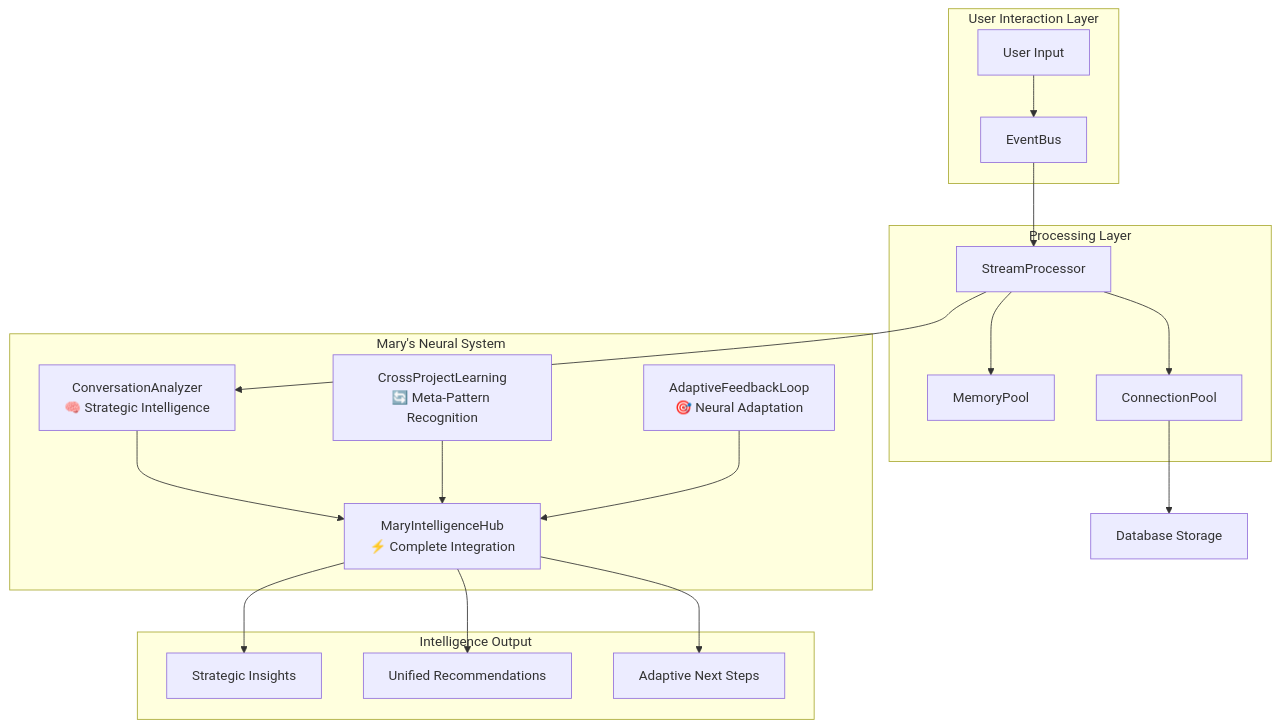
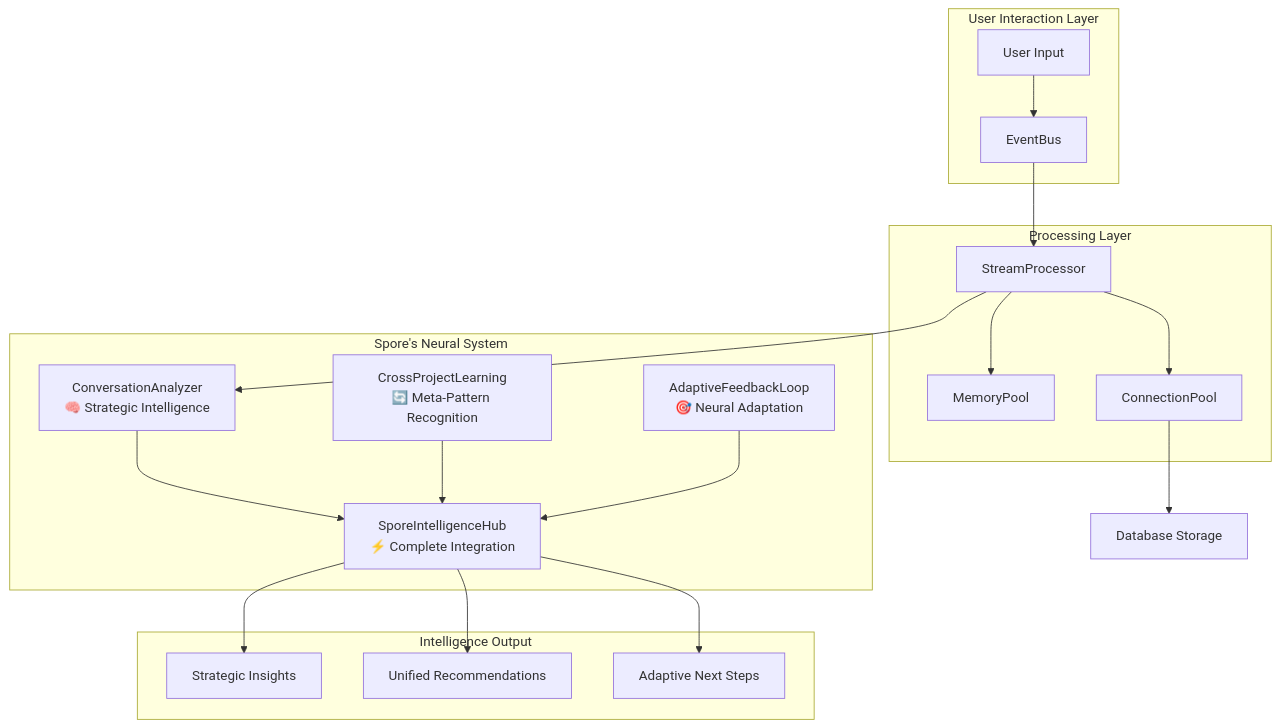
Before and after one commit to Habdel-Edenfield/microbioma-digital: the first of 3 diagrams in README.md, drawn with Mermaid. The commit also changed other lines of this file and 12 other files, not shown here.

````diff
--- a/README.md
+++ b/README.md
@@ -213,32 +213,32 @@
 ```mermaid
 graph TB
     subgraph "User Interaction Layer"
         UI[User Input] --> EB[EventBus]
     end
     
     subgraph "Processing Layer"
         EB --> SP[StreamProcessor]
         SP --> MP[MemoryPool]
         SP --> CP[ConnectionPool]
     end
     
-    subgraph "Mary's Neural System"
+    subgraph "Spore's Neural System"
         CA[ConversationAnalyzer<br/>🧠 Strategic Intelligence]
         CPL[CrossProjectLearning<br/>🔄 Meta-Pattern Recognition]
         AFL[AdaptiveFeedbackLoop<br/>🎯 Neural Adaptation]
-        MIH[MaryIntelligenceHub<br/>⚡ Complete Integration]
+        MIH[SporeIntelligenceHub<br/>⚡ Complete Integration]
         
         CA --> MIH
         CPL --> MIH
         AFL --> MIH
     end
     
     subgraph "Intelligence Output"
         MIH --> SI[Strategic Insights]
         MIH --> UR[Unified Recommendations]
         MIH --> ANS[Adaptive Next Steps]
     end
     
     SP --> CA
     CP --> DB[Database Storage]
 ```
````
